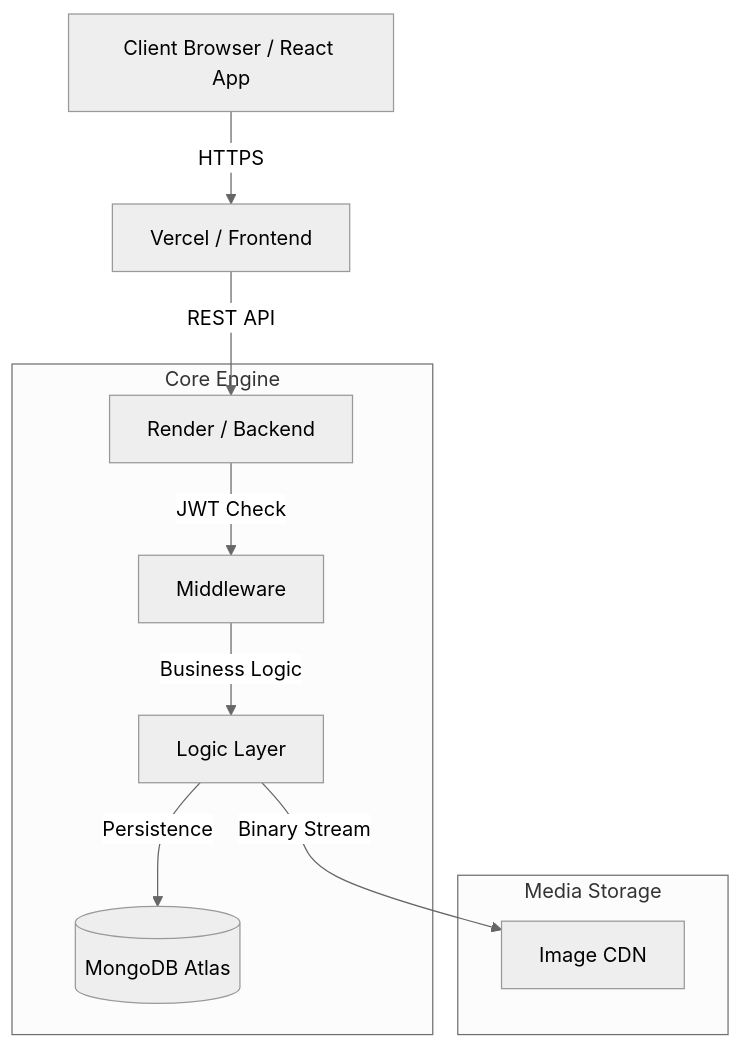
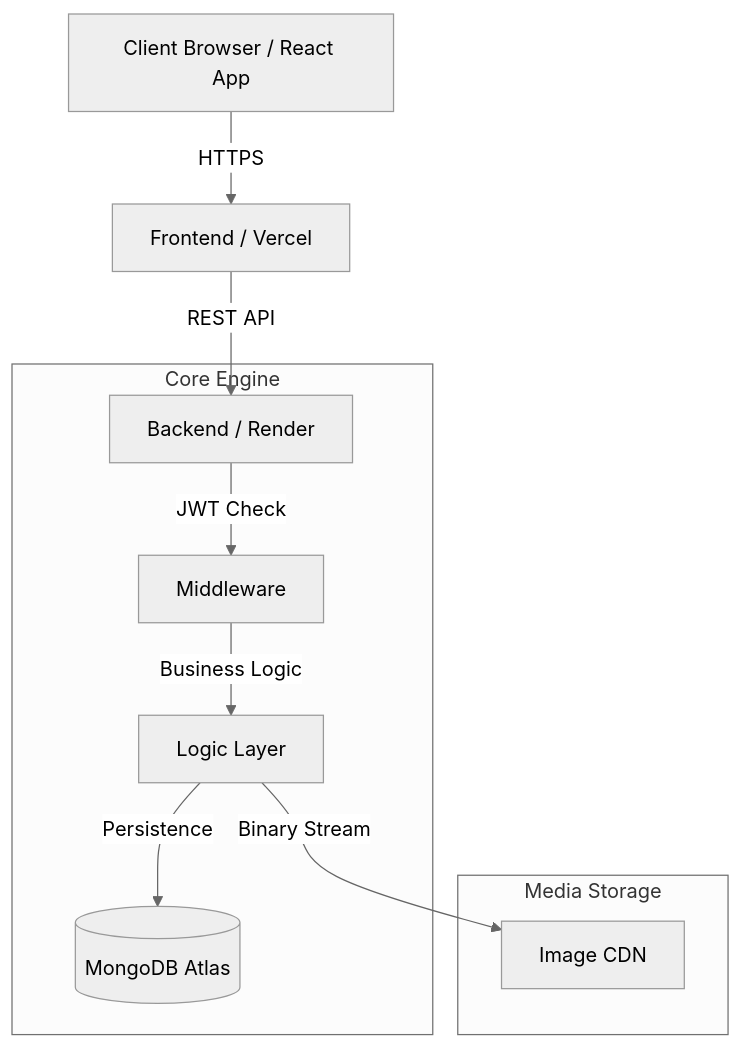
Before and after one commit to Akhila-1703/blog-app: the first of 2 diagrams in README.md, drawn with Mermaid (neutral theme). The commit also changed other lines of this file and 2 other files, not shown here.

````diff
--- a/README.md
+++ b/README.md
@@ -40,15 +49,15 @@
 ```mermaid
 graph TD
-    Client[Client Browser / React App] -->|HTTPS| Vite[Vercel / Frontend]
-    Vite -->|REST API| Express[Render / Backend]
+    Client[Client Browser / React App] -->|HTTPS| Vite[Frontend / Vercel]
+    Vite -->|REST API| Express[Backend / Render]
     
     subgraph Core Engine
         Express -->|JWT Check| Auth[Middleware]
         Auth -->|Business Logic| Controllers[Logic Layer]
         Controllers -->|Persistence| DB[(MongoDB Atlas)]
     end
     
     subgraph Media Storage
         Controllers -->|Binary Stream| Cloudinary[Image CDN]
     end
 ```
````
